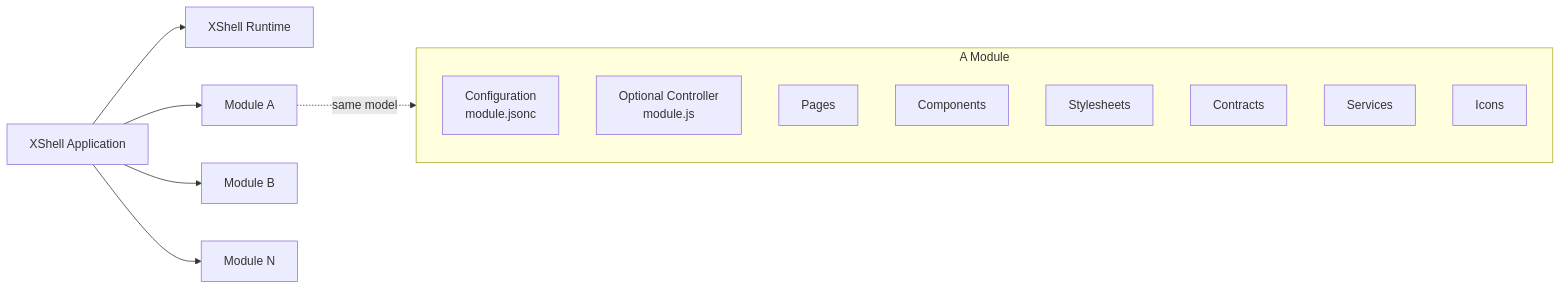
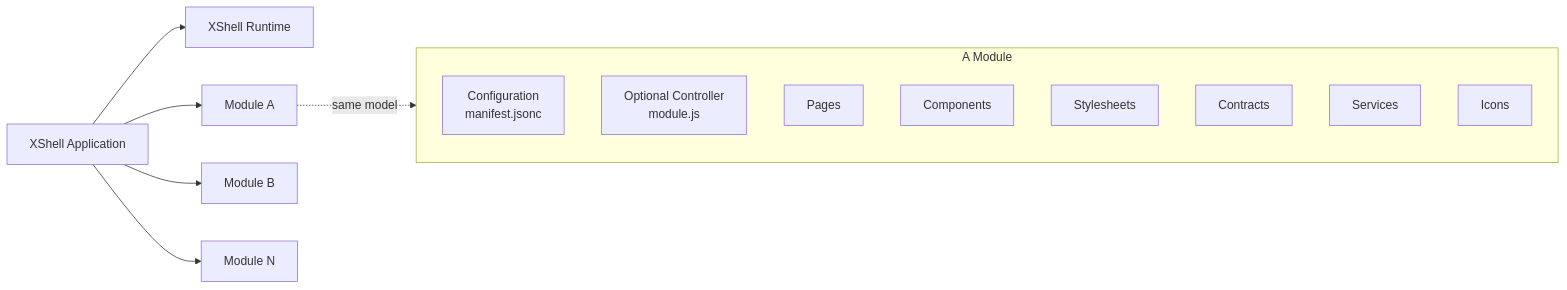
Before and after one commit to marcdp/xshell: the diagram in README.md, drawn with Mermaid. The commit also changed other lines of this file and 48 other files, not shown here.

````diff
--- a/README.md
+++ b/README.md
@@ -32,23 +32,23 @@
 ```mermaid
 flowchart LR
 
     APP["XShell Application"]
 
     APP --> XS["XShell Runtime"]
     APP --> M1["Module A"]
     APP --> M2["Module B"]
     APP --> MN["Module N"]
 
     subgraph MODULE["A Module"]
-        CFG["Configuration<br/>module.jsonc"]
+        CFG["Configuration<br/>manifest.jsonc"]
         CTRL["Optional Controller<br/>module.js"]
         PAGES["Pages"]
         COMPONENTS["Components"]
         STYLES["Stylesheets"]
         CONTRACTS["Contracts"]
         SERVICES["Services"]
         ICONS["Icons"]
     end
 
     M1 -. same model .-> MODULE
 ```
````
